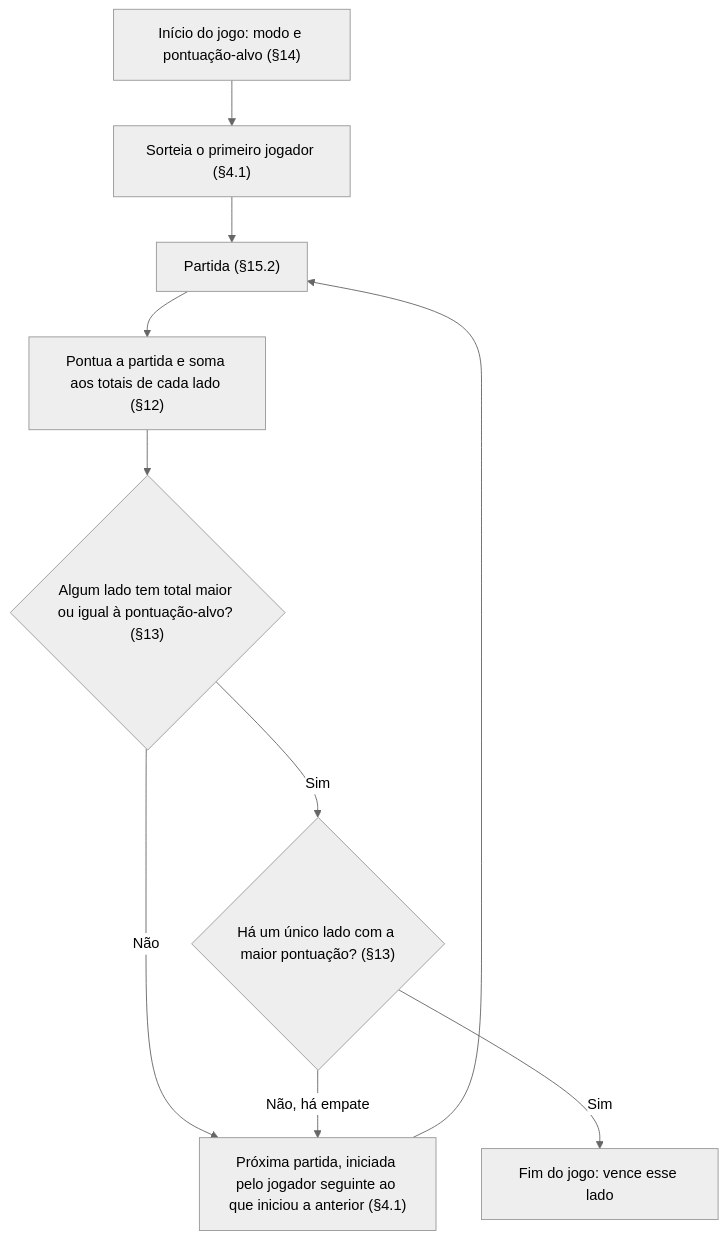
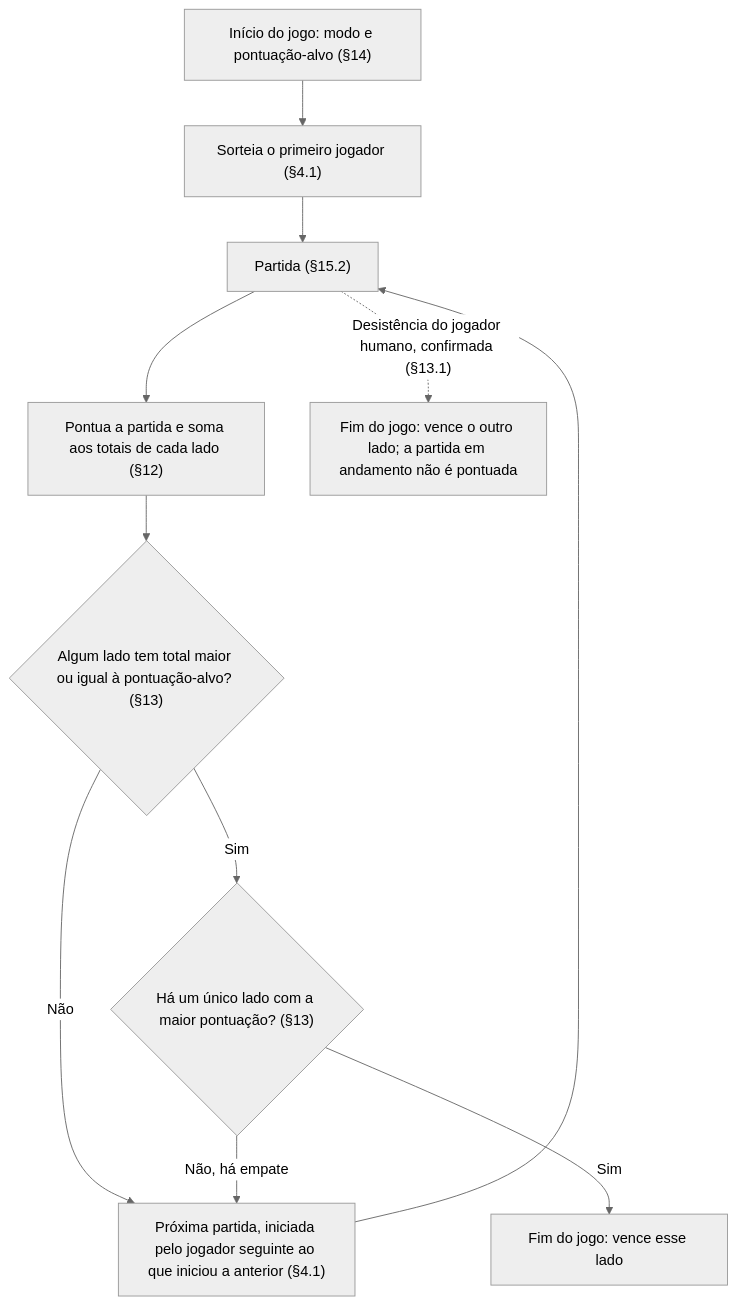
The first of 3 diagrams in definition.md (williandrade82/g-tranca), drawn with Mermaid (neutral theme) before and after one commit. The commit also changed other lines of this file, not shown here.

First line of the commit message:
Regras: desistência (§13.1) e modo padrão = último escolhido (§14)

````diff
--- a/definition.md
+++ b/definition.md
@@ -316,12 +320,13 @@
 ```mermaid
 flowchart TD
     A["Início do jogo: modo e pontuação-alvo (§14)"] --> B["Sorteia o primeiro jogador (§4.1)"]
     B --> C["Partida (§15.2)"]
     C --> D["Pontua a partida e soma aos totais de cada lado (§12)"]
     D --> E{"Algum lado tem total maior ou igual à pontuação-alvo? (§13)"}
     E -->|Não| F["Próxima partida, iniciada pelo jogador seguinte ao que iniciou a anterior (§4.1)"]
+    C -.->|"Desistência do jogador humano, confirmada (§13.1)"| I["Fim do jogo: vence o outro lado; a partida em andamento não é pontuada"]
     E -->|Sim| G{"Há um único lado com a maior pontuação? (§13)"}
     G -->|Sim| H["Fim do jogo: vence esse lado"]
     G -->|Não, há empate| F
     F --> C
 ```
````
